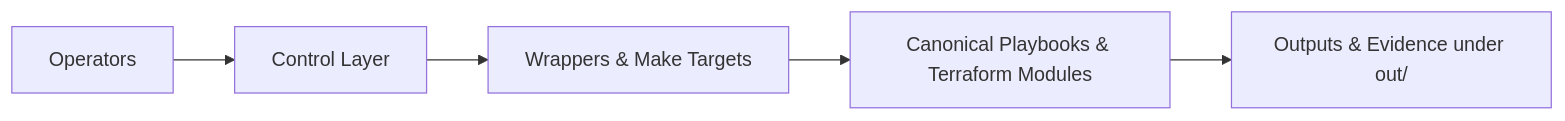
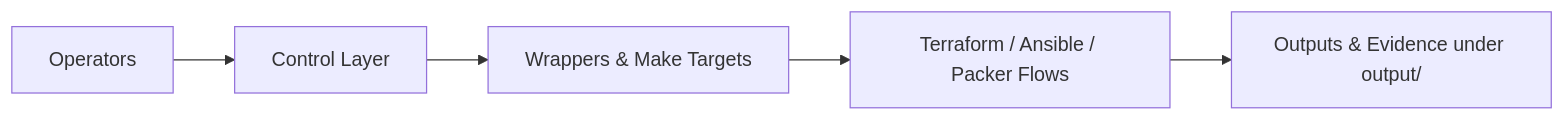
One commit to jeleel-muibi/hybridops.studio changed the diagram in control/README.md. Above: the diagram before and after it, drawn with Mermaid. The commit also changed other lines of this file and 574 other files, not shown here.

````diff
--- a/control/README.md
+++ b/control/README.md
@@ -3,7 +3,7 @@
 ```mermaid
 graph LR
   A[Operators] --> B[Control Layer]
   B --> C[Wrappers & Make Targets]
-  C --> D[Canonical Playbooks & Terraform Modules]
-  D --> E[Outputs & Evidence under out/]
+  C --> D[Terraform / Ansible / Packer Flows]
+  D --> E[Outputs & Evidence under output/]
 ```
````
